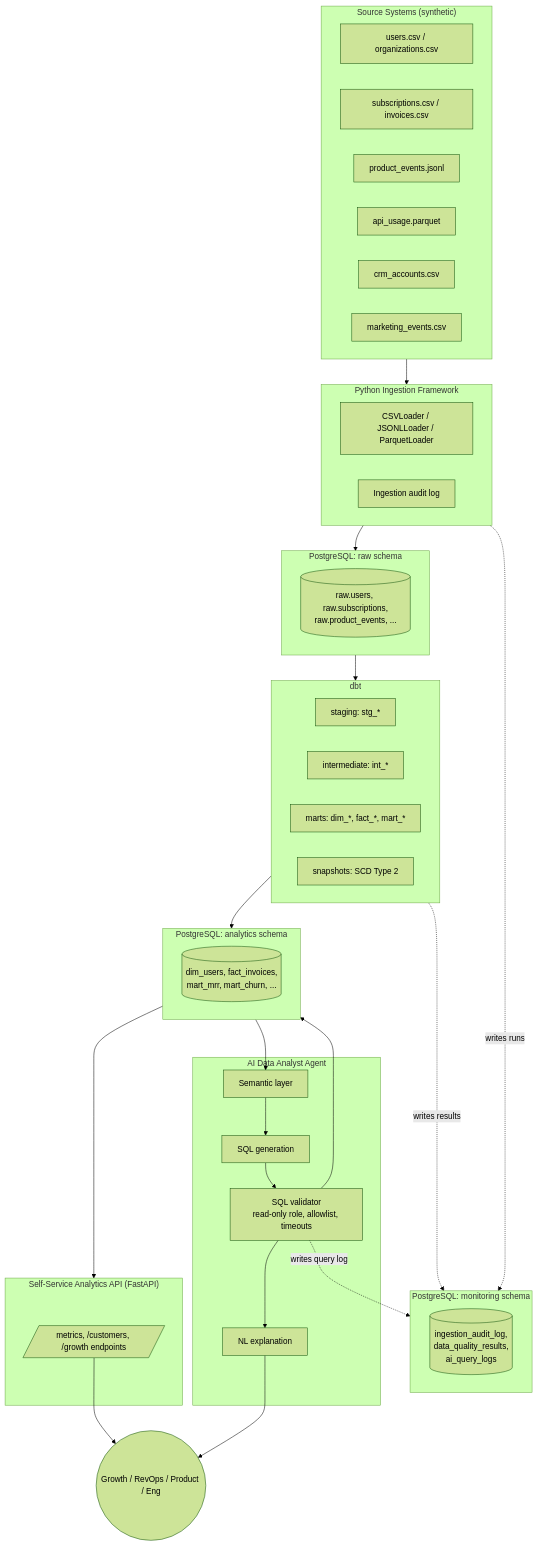
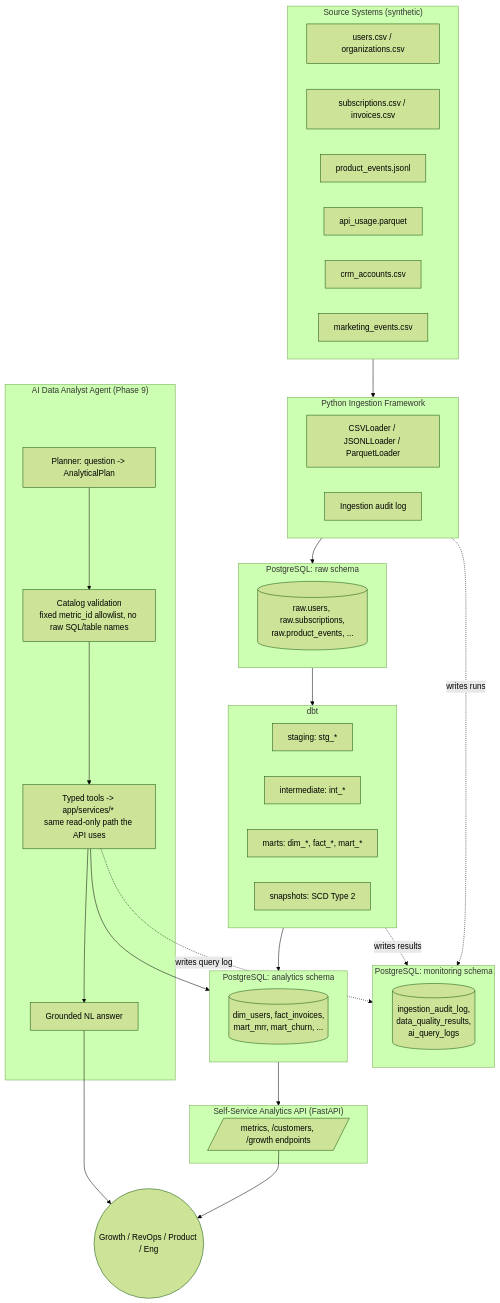
The diagram in docs/architecture.md (Gresa-Hasani/ai-growth-data-platform), drawn with Mermaid (forest theme) before and after one commit. The commit also changed other lines of this file and 33 other files, not shown here.

First line of the commit message:
feat(agent): implement AI data analyst with pluggable LLM providers

````diff
--- a/docs/architecture.md
+++ b/docs/architecture.md
@@ -39,56 +44,56 @@
 ```mermaid
 flowchart TD
     subgraph Sources["Source Systems (synthetic)"]
         S1[users.csv / organizations.csv]
         S2[subscriptions.csv / invoices.csv]
         S3[product_events.jsonl]
         S4[api_usage.parquet]
         S5[crm_accounts.csv]
         S6[marketing_events.csv]
     end
 
     subgraph Ingestion["Python Ingestion Framework"]
         L1[CSVLoader / JSONLLoader / ParquetLoader]
         L2[Ingestion audit log]
     end
 
     subgraph Raw["PostgreSQL: raw schema"]
         R1[(raw.users, raw.subscriptions,\nraw.product_events, ...)]
     end
 
     subgraph DBT["dbt"]
         D1[staging: stg_*]
         D2[intermediate: int_*]
         D3[marts: dim_*, fact_*, mart_*]
         D4[snapshots: SCD Type 2]
     end
 
     subgraph Analytics["PostgreSQL: analytics schema"]
         A1[(dim_users, fact_invoices,\nmart_mrr, mart_churn, ...)]
     end
 
     subgraph Monitoring["PostgreSQL: monitoring schema"]
         M1[(ingestion_audit_log,\ndata_quality_results,\nai_query_logs)]
     end
 
     subgraph API["Self-Service Analytics API (FastAPI)"]
         AP1[/metrics, /customers, /growth endpoints/]
     end
 
-    subgraph Agent["AI Data Analyst Agent"]
-        AG1[Semantic layer]
-        AG2[SQL generation]
-        AG3[SQL validator\nread-only role, allowlist, timeouts]
-        AG4[NL explanation]
+    subgraph Agent["AI Data Analyst Agent (Phase 9)"]
+        AG1[Planner: question -> AnalyticalPlan]
+        AG2[Catalog validation\nfixed metric_id allowlist, no raw SQL/table names]
+        AG3[Typed tools -> app/services/* \nsame read-only path the API uses]
+        AG4[Grounded NL answer]
     end
 
     Sources --> Ingestion --> Raw --> DBT --> Analytics
     DBT -.writes results.-> Monitoring
     Ingestion -.writes runs.-> Monitoring
     Analytics --> API
-    Analytics --> AG1 --> AG2 --> AG3 --> Analytics
+    AG1 --> AG2 --> AG3 --> Analytics
     AG3 --> AG4
     AG3 -.writes query log.-> Monitoring
     AP1 --> Users((Growth / RevOps / Product / Eng))
     AG4 --> Users
 ```
````
